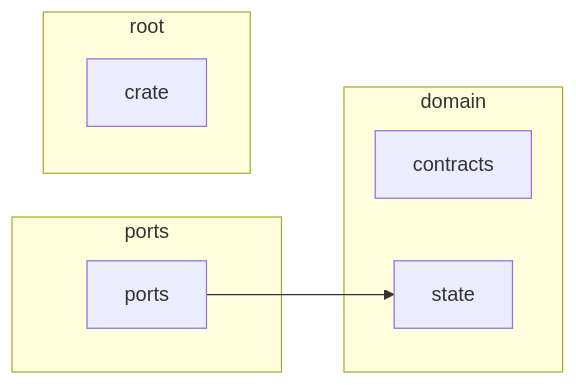
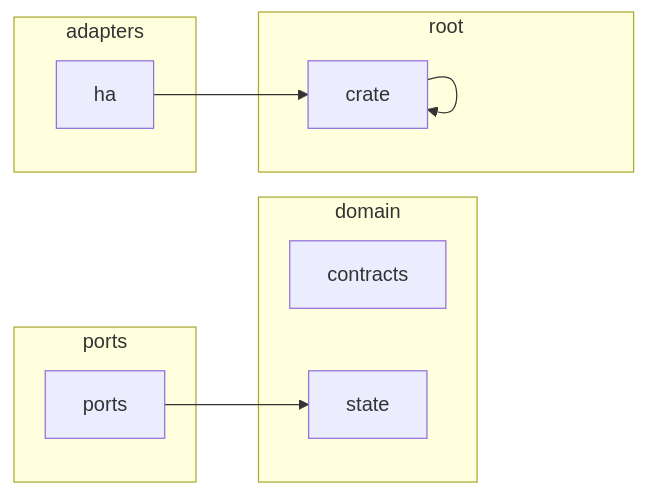
One commit to louislang/ha-jarvis changed the diagram in docs/architecture.md. Above: the diagram before and after it, drawn with Mermaid.

Commit message:
Update the architecture diagram
CI regenerated docs/architecture.md from main.

````diff
--- a/docs/architecture.md
+++ b/docs/architecture.md
@@ -5,14 +5,19 @@
 ```mermaid
 flowchart LR
+    subgraph adapters
+        crate_adapters_ha[ha]
+    end
     subgraph domain
         crate_domain_contracts[contracts]
         crate_domain_state[state]
     end
     subgraph ports
         crate_ports[ports]
     end
     subgraph root
         crate[crate]
     end
+    crate --> crate
+    crate_adapters_ha --> crate
     crate_ports --> crate_domain_state
 ```
````
